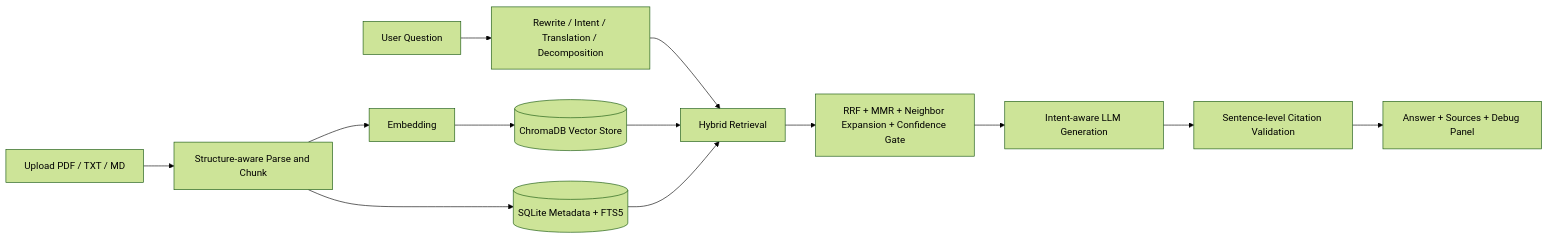
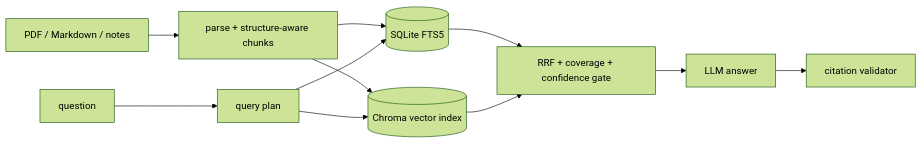
The diagram in README.md (wangkeyu-u/ai-study-assistant), drawn with Mermaid (forest theme) before and after one commit. The commit also changed other lines of this file and 10 other files, not shown here.

````diff
--- a/README.md
+++ b/README.md
@@ -43,15 +11,13 @@
 ```mermaid
 flowchart LR
-    A[Upload PDF / TXT / MD] --> B[Structure-aware Parse and Chunk]
-    B --> C[Embedding]
-    C --> D[(ChromaDB Vector Store)]
-    B --> E[(SQLite Metadata + FTS5)]
-    Q[User Question] --> R[Rewrite / Intent / Translation / Decomposition]
-    R --> S[Hybrid Retrieval]
-    D --> S
-    E --> S
-    S --> T[RRF + MMR + Neighbor Expansion + Confidence Gate]
-    T --> G[Intent-aware LLM Generation]
-    G --> V[Sentence-level Citation Validation]
-    V --> U[Answer + Sources + Debug Panel]
+  A[PDF / Markdown / notes] --> B[parse + structure-aware chunks]
+  B --> C[(SQLite FTS5)]
+  B --> D[(Chroma vector index)]
+  Q[question] --> E[query plan]
+  E --> C
+  E --> D
+  C --> F[RRF + coverage + confidence gate]
+  D --> F
+  F --> G[LLM answer]
+  G --> H[citation validator]
 ```
````
